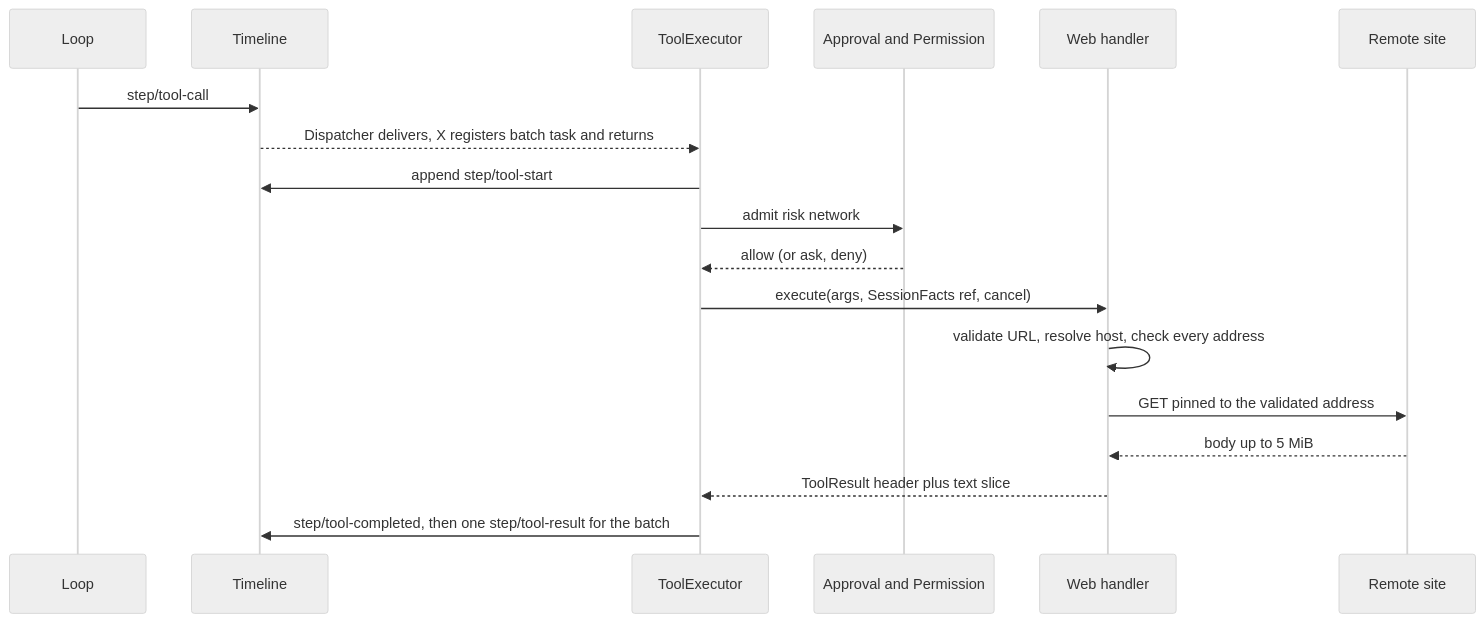
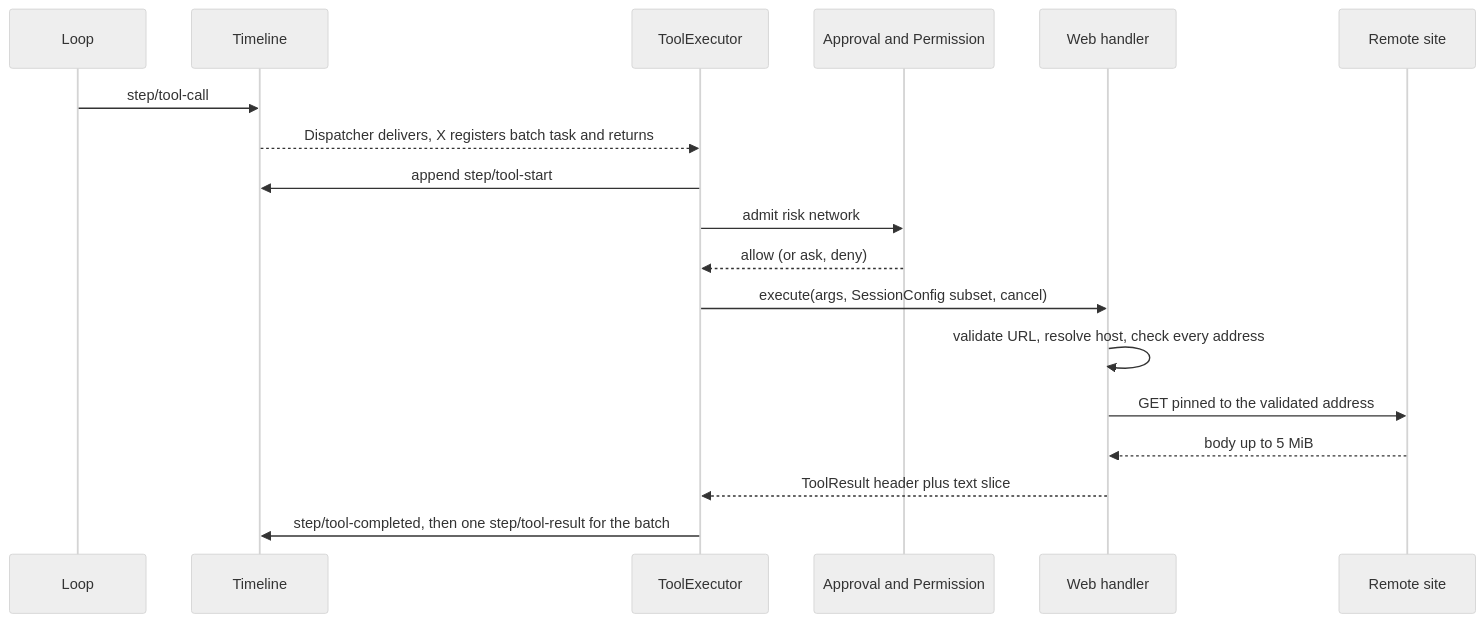
The fourth of 6 diagrams in docs/design/plugins/Web.md (CoutinhoTTS/dim-agent), drawn with Mermaid (neutral theme) before and after one commit. The commit also changed other lines of this file and 3 other files, not shown here.

````diff
--- a/docs/design/plugins/Web.md
+++ b/docs/design/plugins/Web.md
@@ -105,20 +105,20 @@
 ```mermaid
 sequenceDiagram
   participant L as Loop
   participant TL as Timeline
   participant X as ToolExecutor
   participant A as Approval and Permission
   participant W as Web handler
   participant N as Remote site
   L->>TL: step/tool-call
   TL-->>X: Dispatcher delivers, X registers batch task and returns
   X->>TL: append step/tool-start
   X->>A: admit risk network
   A-->>X: allow (or ask, deny)
-  X->>W: execute(args, SessionFacts ref, cancel)
+  X->>W: execute(args, SessionConfig subset, cancel)
   W->>W: validate URL, resolve host, check every address
   W->>N: GET pinned to the validated address
   N-->>W: body up to 5 MiB
   W-->>X: ToolResult header plus text slice
   X->>TL: step/tool-completed, then one step/tool-result for the batch
 ```
````
